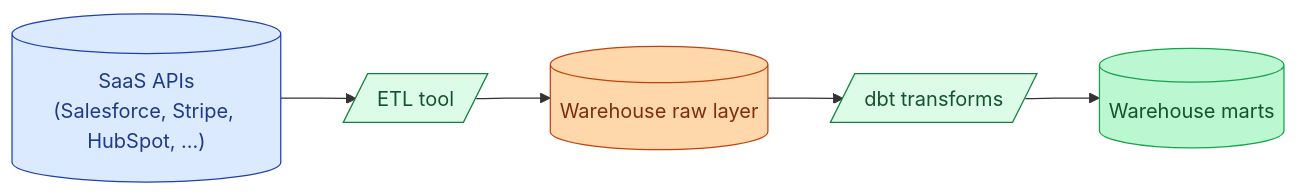
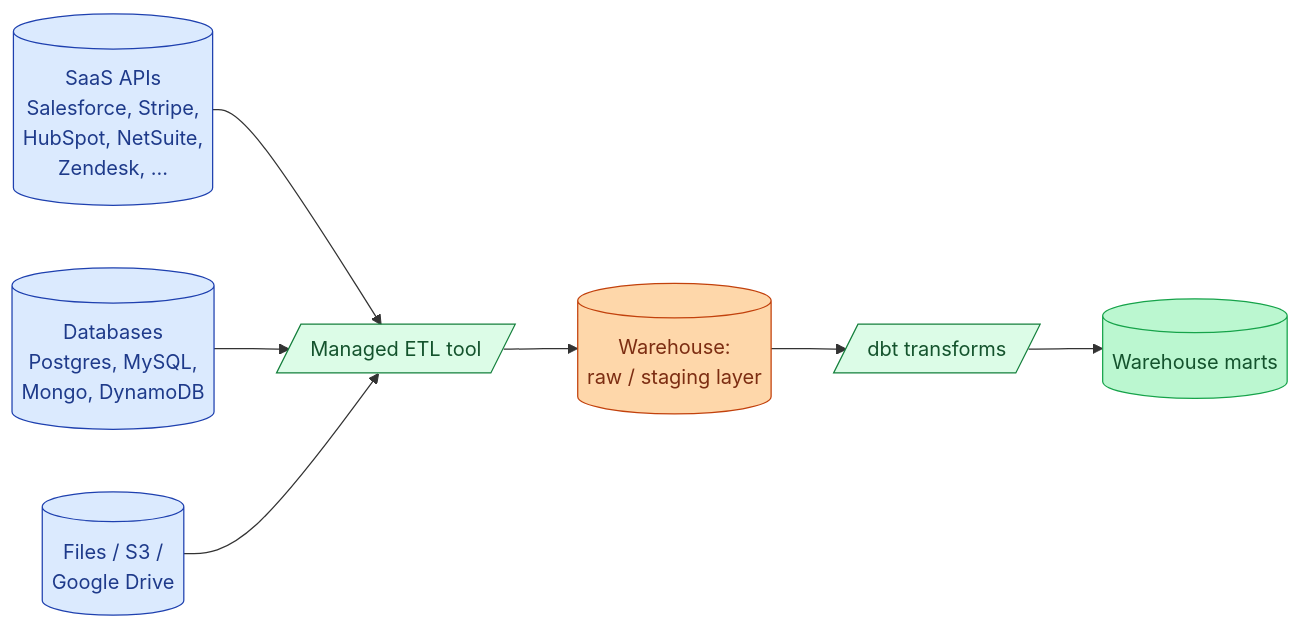
One commit to shiningflash/shiningflash.github.io changed the first of 2 diagrams in _de_concepts/073-managed-etl-comparison.md. Above: the diagram before and after it, drawn with Mermaid. The commit also changed other lines of this file and 69 other files, not shown here.

````diff
--- a/_de_concepts/073-managed-etl-comparison.md
+++ b/_de_concepts/073-managed-etl-comparison.md
@@ -19,12 +14,19 @@
 ```mermaid
 flowchart LR
-    SaaS[("SaaS APIs<br/>(Salesforce, Stripe, HubSpot, ...)")]:::a --> Tool[/"ETL tool"/]:::g
-    Tool --> WH[("Warehouse raw layer")]:::w
-    WH --> dbt[/"dbt transforms"/]:::g
-    dbt --> Marts[("Warehouse marts")]:::m
+    Sources[("SaaS APIs<br/>Salesforce, Stripe,<br/>HubSpot, NetSuite,<br/>Zendesk, ...")]:::a
+    DBs[("Databases<br/>Postgres, MySQL,<br/>Mongo, DynamoDB")]:::a
+    Files[("Files / S3 /<br/>Google Drive")]:::a
+
+    Sources --> Tool[/"Managed ETL tool"/]:::g
+    DBs --> Tool
+    Files --> Tool
+
+    Tool --> Raw[("Warehouse:<br/>raw / staging layer")]:::b
+    Raw --> dbt[/"dbt transforms"/]:::g
+    dbt --> Marts[("Warehouse marts")]:::y
 
     classDef a fill:#dbeafe,stroke:#1e40af,color:#1e3a8a
+    classDef b fill:#fed7aa,stroke:#c2410c,color:#7c2d12
     classDef g fill:#dcfce7,stroke:#15803d,color:#14532d
-    classDef w fill:#fed7aa,stroke:#c2410c,color:#7c2d12
-    classDef m fill:#bbf7d0,stroke:#16a34a,color:#14532d
+    classDef y fill:#bbf7d0,stroke:#16a34a,color:#14532d
 ```
````
